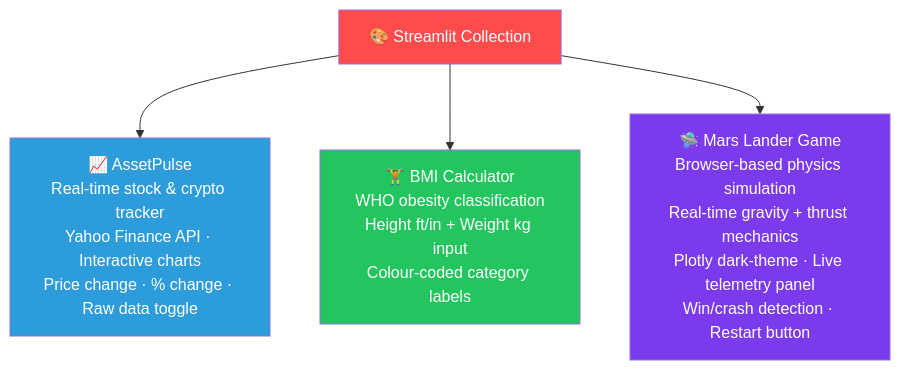
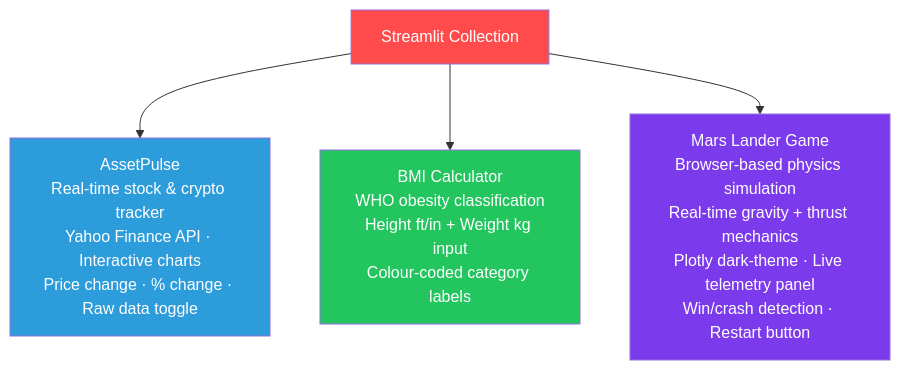
Before and after one commit to a-r-ashik/Agentic-AI-Frameworks: the eighth of 10 diagrams in README.md, drawn with Mermaid. The commit also changed other lines of this file, not shown here.

````diff
--- a/README.md
+++ b/README.md
@@ -336,17 +336,17 @@
 ```mermaid
 flowchart TD
-    S[🎨 Streamlit Collection] --> A
+    S[ Streamlit Collection] --> A
     S --> B
     S --> C
 
-    A["📈 AssetPulse\nReal-time stock & crypto tracker\nYahoo Finance API · Interactive charts\nPrice change · % change · Raw data toggle"]
+    A[" AssetPulse\nReal-time stock & crypto tracker\nYahoo Finance API · Interactive charts\nPrice change · % change · Raw data toggle"]
 
-    B["🏋️ BMI Calculator\nWHO obesity classification\nHeight ft/in + Weight kg input\nColour-coded category labels"]
+    B[" BMI Calculator\nWHO obesity classification\nHeight ft/in + Weight kg input\nColour-coded category labels"]
 
-    C["🛸 Mars Lander Game\nBrowser-based physics simulation\nReal-time gravity + thrust mechanics\nPlotly dark-theme · Live telemetry panel\nWin/crash detection · Restart button"]
+    C[" Mars Lander Game\nBrowser-based physics simulation\nReal-time gravity + thrust mechanics\nPlotly dark-theme · Live telemetry panel\nWin/crash detection · Restart button"]
 
     style S fill:#FF4B4B,color:#fff
     style A fill:#2D9CDB,color:#fff
     style B fill:#22C55E,color:#fff
     style C fill:#7C3AED,color:#fff
 ```
````
